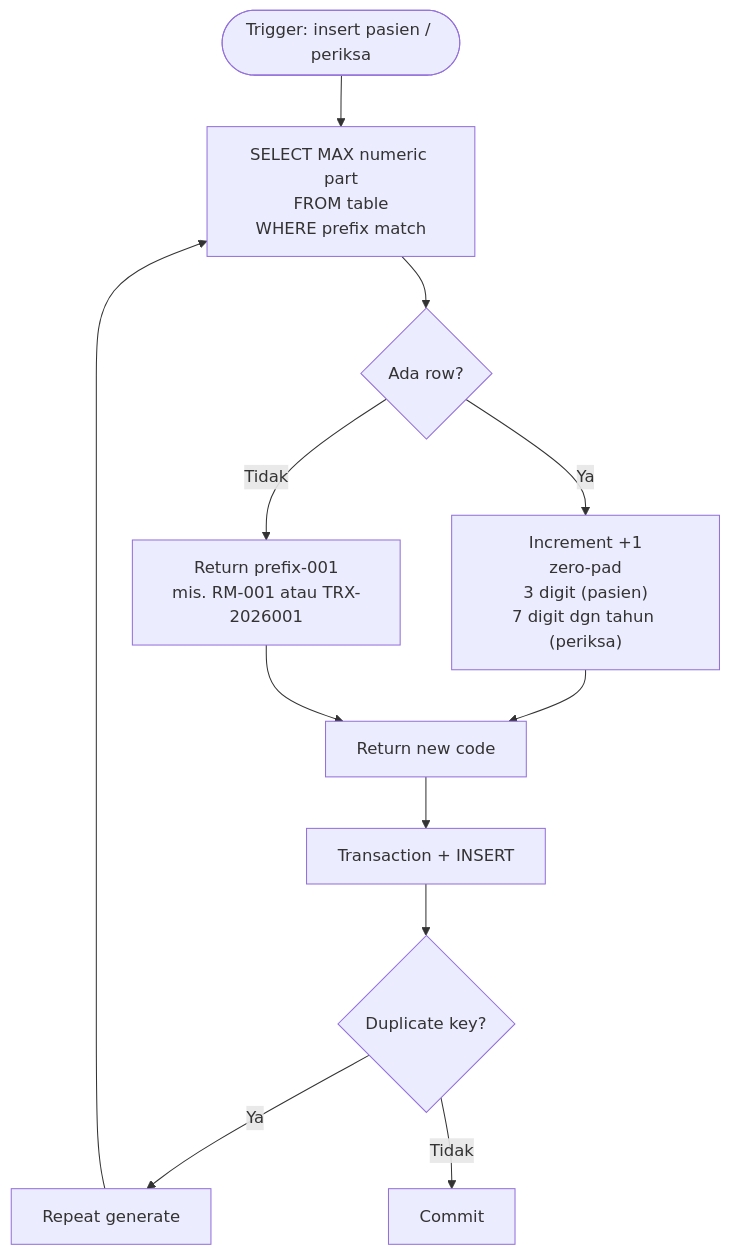
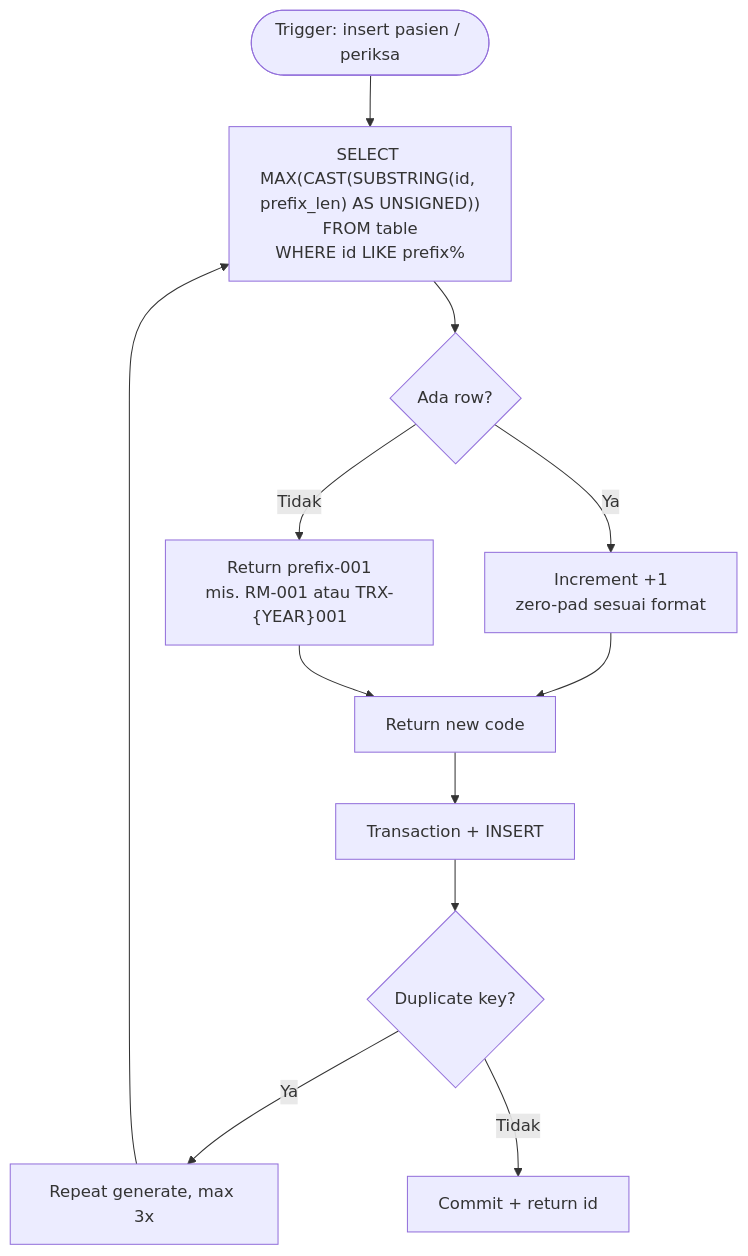
The ninth of 13 diagrams in docs/business-logic.md (TudeOrangBiasa/silk-swarakarna-uas), drawn with Mermaid before and after one commit. The commit also changed other lines of this file and 1 other file, not shown here.

First line of the commit message:
docs: full sync architecture + business-logic with codebase

````diff
--- a/docs/business-logic.md
+++ b/docs/business-logic.md
@@ -229,14 +280,14 @@
 ```mermaid
 flowchart TD
-    Trigger([Trigger: insert pasien / periksa]) --> Query["SELECT MAX numeric part<br/>FROM table<br/>WHERE prefix match"]
+    Trigger([Trigger: insert pasien / periksa]) --> Query["SELECT MAX(CAST(SUBSTRING(id, prefix_len) AS UNSIGNED))<br/>FROM table<br/>WHERE id LIKE prefix%"]
     Query --> Check{Ada row?}
-    Check -->|Tidak| First["Return prefix-001<br/>mis. RM-001 atau TRX-2026001"]
-    Check -->|Ya| Inc["Increment +1<br/>zero-pad<br/>3 digit (pasien)<br/>7 digit dgn tahun (periksa)"]
+    Check -->|Tidak| First["Return prefix-001<br/>mis. RM-001 atau TRX-{YEAR}001"]
+    Check -->|Ya| Inc["Increment +1<br/>zero-pad sesuai format"]
     Inc --> Return[Return new code]
     First --> Return
     Return --> Try[Transaction + INSERT]
     Try --> Dup{Duplicate key?}
-    Dup -->|Ya| Retry[Repeat generate]
+    Dup -->|Ya| Retry[Repeat generate, max 3x]
     Retry --> Query
-    Dup -->|Tidak| Done[Commit]
+    Dup -->|Tidak| Done[Commit + return id]
 ```
````
